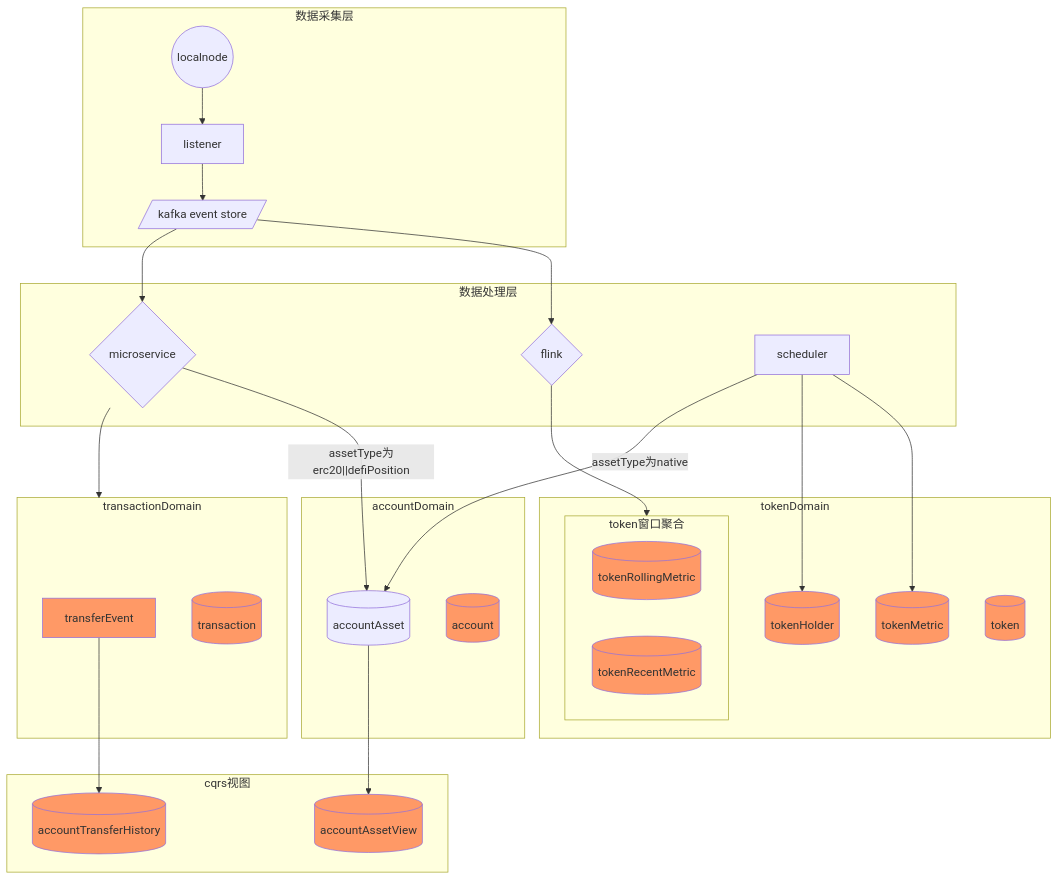
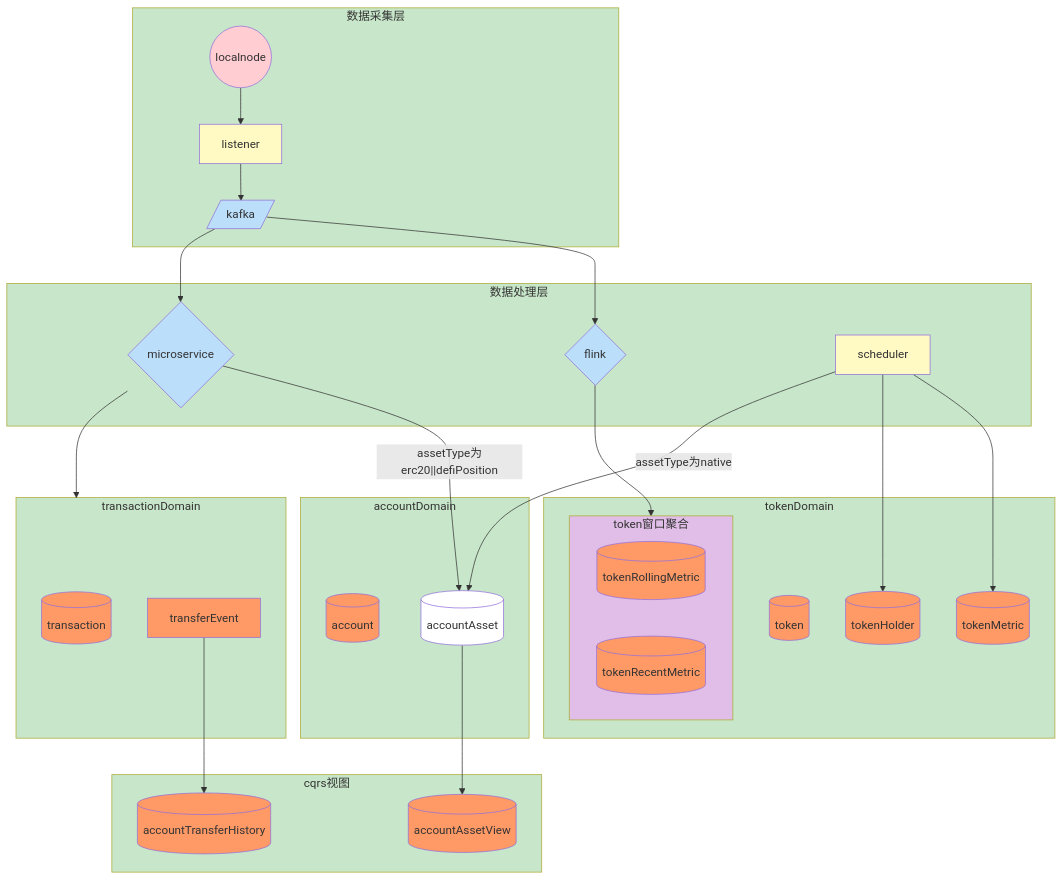
One commit to sjtutwilight/Twilight changed the third of 9 diagrams in README.md. Above: the diagram before and after it, drawn with Mermaid. The commit also changed other lines of this file and 35 other files, not shown here.

````diff
--- a/README.md
+++ b/README.md
@@ -156,47 +168,71 @@
 ```mermaid
-flowchart 
+flowchart TB
+ subgraph 数据采集层["数据采集层"]
+        listener["listener"]
+        localnode(("localnode"))
+        kafka[/"kafka"/]
+  end
+ subgraph s2["数据处理层"]
+        microservice{"microservice"}
+        flink{"flink"}
+        scheduler["scheduler"]
+  end
+ subgraph accountDomain["accountDomain"]
+        account[("account")]
+        accountAsset[("accountAsset")]
+  end
+ subgraph token窗口聚合["token窗口聚合"]
+        tokenRollingMetric[("tokenRollingMetric")]
+        tokenRecentMetric[("tokenRecentMetric")]
+  end
+ subgraph tokenDomain["tokenDomain"]
+        token[("token")]
+        token窗口聚合
+        tokenMetric[("tokenMetric")]
+        tokenHolder[("tokenHolder")]
+  end
+ subgraph transactionDomain["transactionDomain"]
+        transaction[("transaction")]
+        transferEvent["transferEvent"]
+  end
+ subgraph s4["cqrs视图"]
+        accountTransferHistory[("accountTransferHistory")]
+        accountAssetView[("accountAssetView")]
+  end
+    kafka --> flink & microservice
+    microservice --> transactionDomain
+    microservice -- assetType为erc20||defiPosition --> accountAsset
+    scheduler --> tokenMetric & tokenHolder
+    scheduler -- assetType为native --> accountAsset
+    flink --> token窗口聚合
+    transferEvent --> accountTransferHistory
+    accountAsset --> accountAssetView
+    localnode --> listener
+    listener --> kafka
 
-kafka -->flink{flink}
-kafka -->microservice{microservice}
-
-microservice-->transactionDomain
-microservice--assetType为erc20||defiPosition-->accountAsset
-scheduler-->tokenMetric:::querySource
-scheduler-->tokenHolder:::querySource
-scheduler--assetType为native-->accountAsset
-flink-->token窗口聚合
-transferEvent-->accountTransferHistory
-accountAsset -->accountAssetView
-transaction[(transaction)]
-subgraph 数据采集层
-localnode((localnode)) -->listener
-listener -->kafka[/kafka event store/]
-end
-subgraph 数据处理层
-microservice
-flink
-scheduler
-end
-subgraph accountDomain
-	account[(account)]:::querySource
-			accountAsset[(accountAsset)]
-end
-subgraph tokenDomain
-token[(token)]:::querySource
-subgraph token窗口聚合
-	tokenRollingMetric[(tokenRollingMetric)]:::querySource
-		tokenRecentMetric[(tokenRecentMetric)]:::querySource
-		end
-			tokenMetric[(tokenMetric)]
-	tokenHolder[(tokenHolder)]
-end
-subgraph transactionDomain
-	transaction:::querySource
-	transferEvent:::querySource
-	end
-subgraph 视图[cqrs视图]
-	accountTransferHistory[(accountTransferHistory)]:::querySource
-	accountAssetView[(accountAssetView)]:::querySource
-end
- classDef querySource fill:#f96
+     account:::querySource
+     tokenRollingMetric:::querySource
+     tokenRecentMetric:::querySource
+     token:::querySource
+     tokenMetric:::querySource
+     tokenHolder:::querySource
+     transaction:::querySource
+     transferEvent:::querySource
+     accountTransferHistory:::querySource
+     accountAssetView:::querySource
+    classDef querySource fill:#f96
+    style listener fill:#FFF9C4
+    style localnode fill:#FFCDD2
+    style kafka fill:#BBDEFB
+    style microservice fill:#BBDEFB
+    style flink fill:#BBDEFB
+    style scheduler fill:#FFF9C4
+    style accountAsset fill:#FFFFFF
+    style token窗口聚合 fill:#E1BEE7
+    style transactionDomain fill:#C8E6C9
+    style 数据采集层 fill:#C8E6C9
+    style s2 fill:#C8E6C9
+    style accountDomain fill:#C8E6C9
+    style tokenDomain fill:#C8E6C9
+    style s4 fill:#C8E6C9
 ```
````
